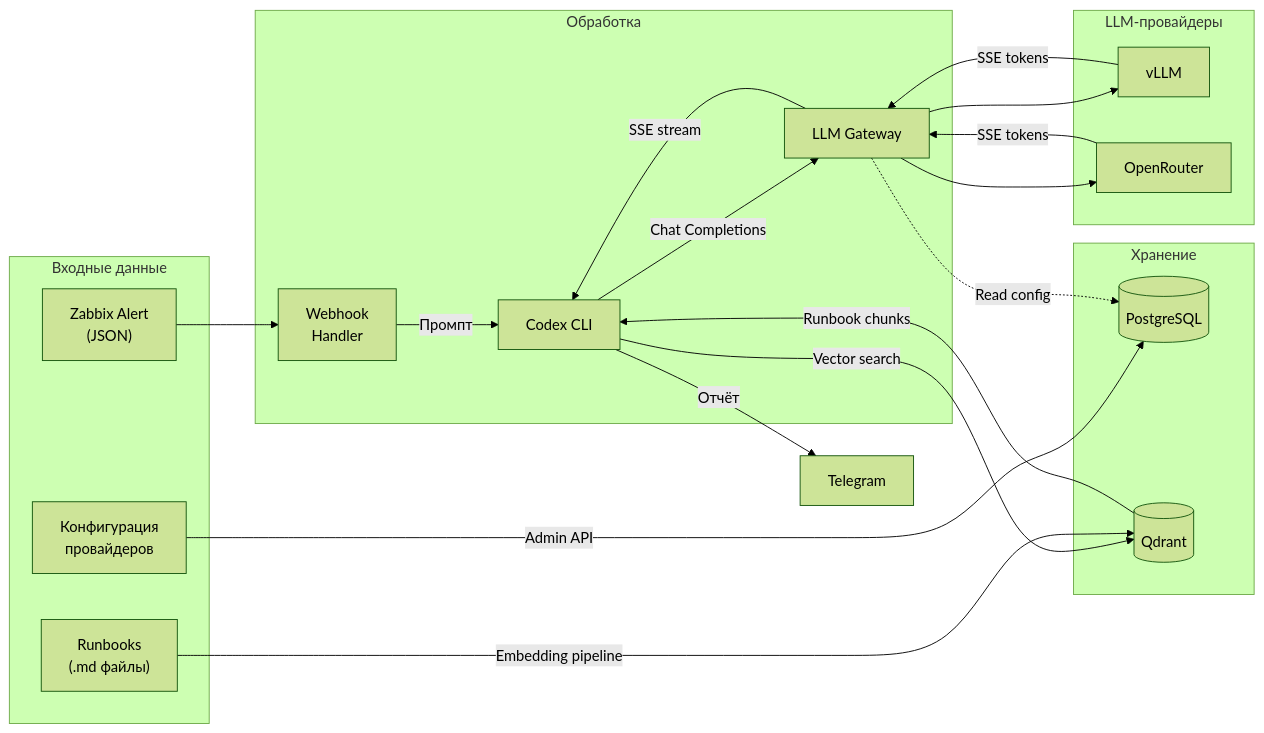
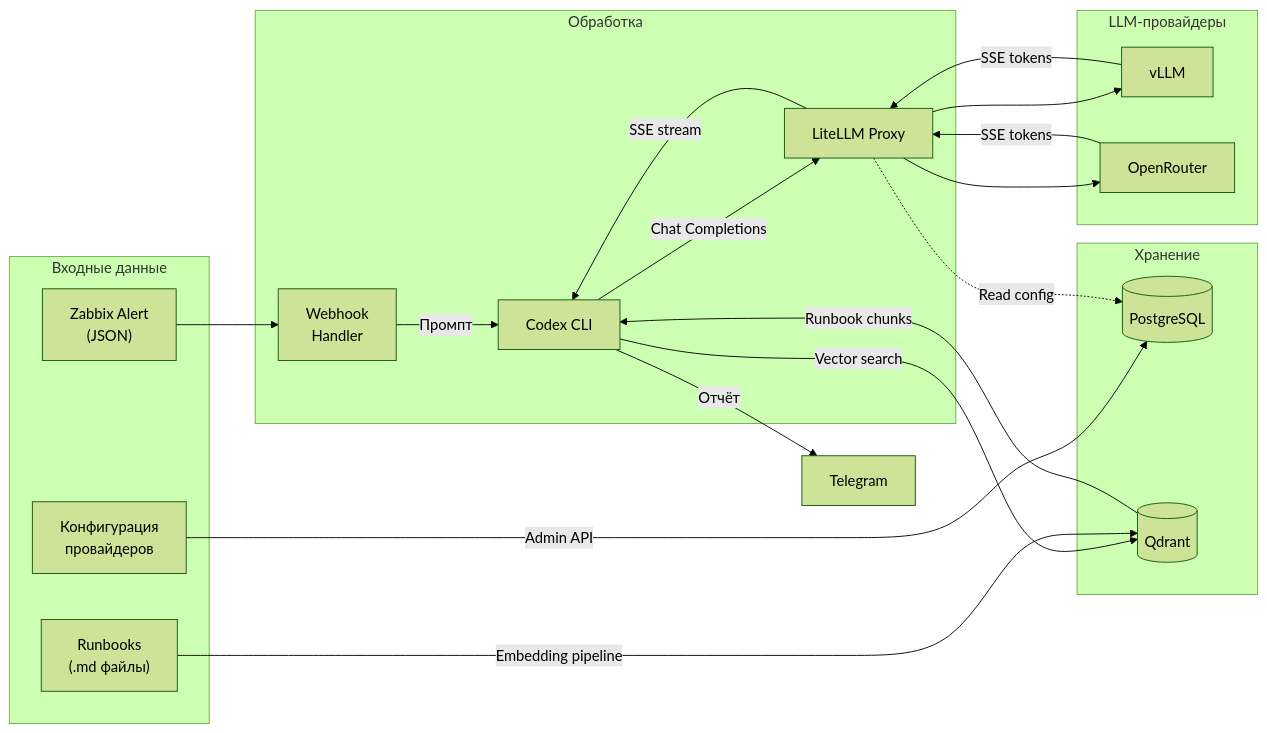
Before and after one commit to Ygrick/SRE-agent: the first of 2 diagrams in docs/diagrams/data-flow.md, drawn with Mermaid (forest theme). The commit also changed other lines of this file and 10 other files, not shown here.

Commit message:
Update documentation to reflect the integration of LiteLLM Proxy as the LLM API Gateway

````diff
--- a/docs/diagrams/data-flow.md
+++ b/docs/diagrams/data-flow.md
@@ -7,42 +7,42 @@
 ```mermaid
 flowchart LR
     subgraph input ["Входные данные"]
         ALERT["Zabbix Alert<br/>(JSON)"]
         RUNBOOKS["Runbooks<br/>(.md файлы)"]
         CFG["Конфигурация<br/>провайдеров"]
     end
 
     subgraph processing ["Обработка"]
         WH["Webhook<br/>Handler"]
         CODEX["Codex CLI"]
-        GW["LLM Gateway"]
+        GW["LiteLLM Proxy"]
     end
 
     subgraph llm ["LLM-провайдеры"]
         VLLM["vLLM"]
         OR["OpenRouter"]
     end
 
     subgraph storage ["Хранение"]
         PG[("PostgreSQL")]
         QD[("Qdrant")]
     end
 
     TG["Telegram"]
 
     ALERT --> WH
     WH -- "Промпт" --> CODEX
     CODEX -- "Chat Completions" --> GW
     GW --> VLLM
     GW --> OR
     VLLM -- "SSE tokens" --> GW
     OR -- "SSE tokens" --> GW
     GW -- "SSE stream" --> CODEX
     CODEX -- "Vector search" --> QD
     QD -- "Runbook chunks" --> CODEX
     CODEX -- "Отчёт" --> TG
 
     RUNBOOKS -- "Embedding pipeline" --> QD
     CFG -- "Admin API" --> PG
     GW -. "Read config" .-> PG
 ```
````
